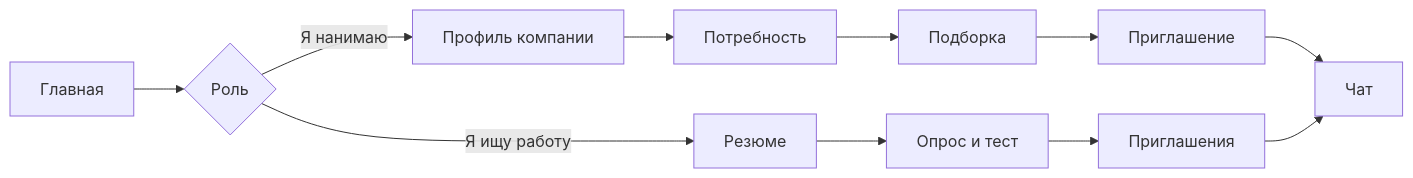
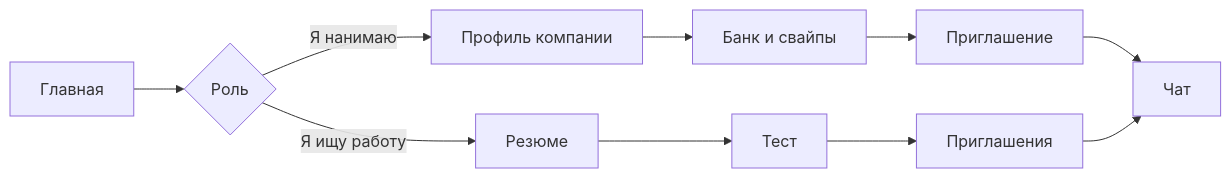
One commit to Re-Hub-TUSUR/LCT_FSP changed the diagram in docs-zensical/docs/ru/product/overview.md. Above: the diagram before and after it, drawn with Mermaid. The commit also changed other lines of this file and 67 other files, not shown here.

````diff
--- a/docs-zensical/docs/ru/product/overview.md
+++ b/docs-zensical/docs/ru/product/overview.md
@@ -39,13 +39,12 @@
 ```mermaid
 flowchart LR
   landing["Главная"] --> role{"Роль"}
   role -->|"Я ищу работу"| resume["Резюме"]
-  resume --> test["Опрос и тест"]
+  resume --> test["Тест"]
   test --> invites["Приглашения"]
   role -->|"Я нанимаю"| company["Профиль компании"]
-  company --> need["Потребность"]
-  need --> shortlist["Подборка"]
-  shortlist --> offer["Приглашение"]
+  company --> bank["Банк и свайпы"]
+  bank --> offer["Приглашение"]
   offer --> chat["Чат"]
   invites --> chat
 ```
````
